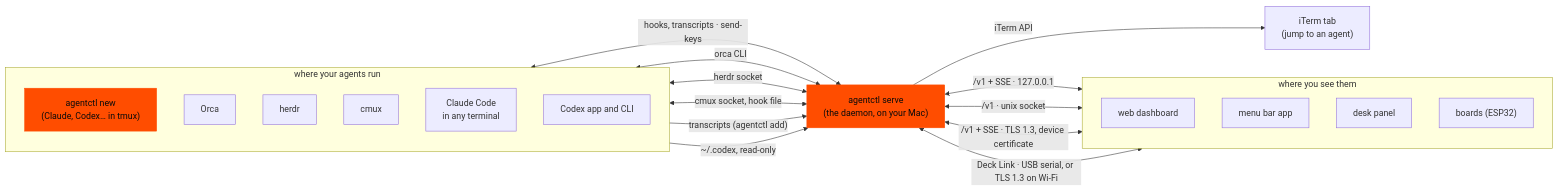
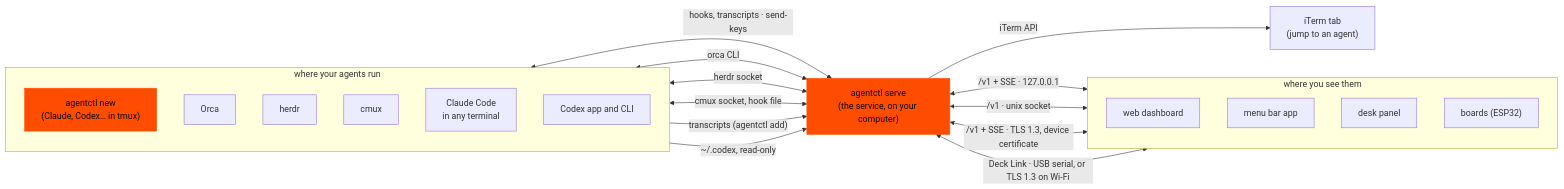
Before and after one commit to brushknight/agents-deck: the diagram in README.md, drawn with Mermaid. The commit also changed other lines of this file and 5 other files, not shown here.

````diff
--- a/README.md
+++ b/README.md
@@ -269,32 +278,32 @@
 ```mermaid
 flowchart LR
   subgraph run["where your agents run"]
     direction TB
     A["agentctl new<br/>(Claude, Codex… in tmux)"]:::a
     O["Orca"]
     H["herdr"]
     M["cmux"]
     L["Claude Code<br/>in any terminal"]
     X["Codex app and CLI"]
   end
-  D["agentctl serve<br/>(the daemon, on your Mac)"]:::a
+  D["agentctl serve<br/>(the service, on your computer)"]:::a
   subgraph see["where you see them"]
     direction TB
     W["web dashboard"]
     MB["menu bar app"]
     P["desk panel"]
     B["boards (ESP32)"]
   end
   A <-->|"hooks, transcripts · send-keys"| D
   O <-->|"orca CLI"| D
   H <-->|"herdr socket"| D
   M <-->|"cmux socket, hook file"| D
   L -->|"transcripts (agentctl add)"| D
   X -->|"~/.codex, read-only"| D
   D <-->|"/v1 + SSE · 127.0.0.1"| W
   D <-->|"/v1 · unix socket"| MB
   D <-->|"/v1 + SSE · TLS 1.3, device certificate"| P
   D <-->|"Deck Link · USB serial, or TLS 1.3 on Wi-Fi"| B
   D -->|"iTerm API"| I["iTerm tab<br/>(jump to an agent)"]
   classDef a fill:#FF4D00,color:#0A0A0A,stroke:#FF4D00
 ```
````
